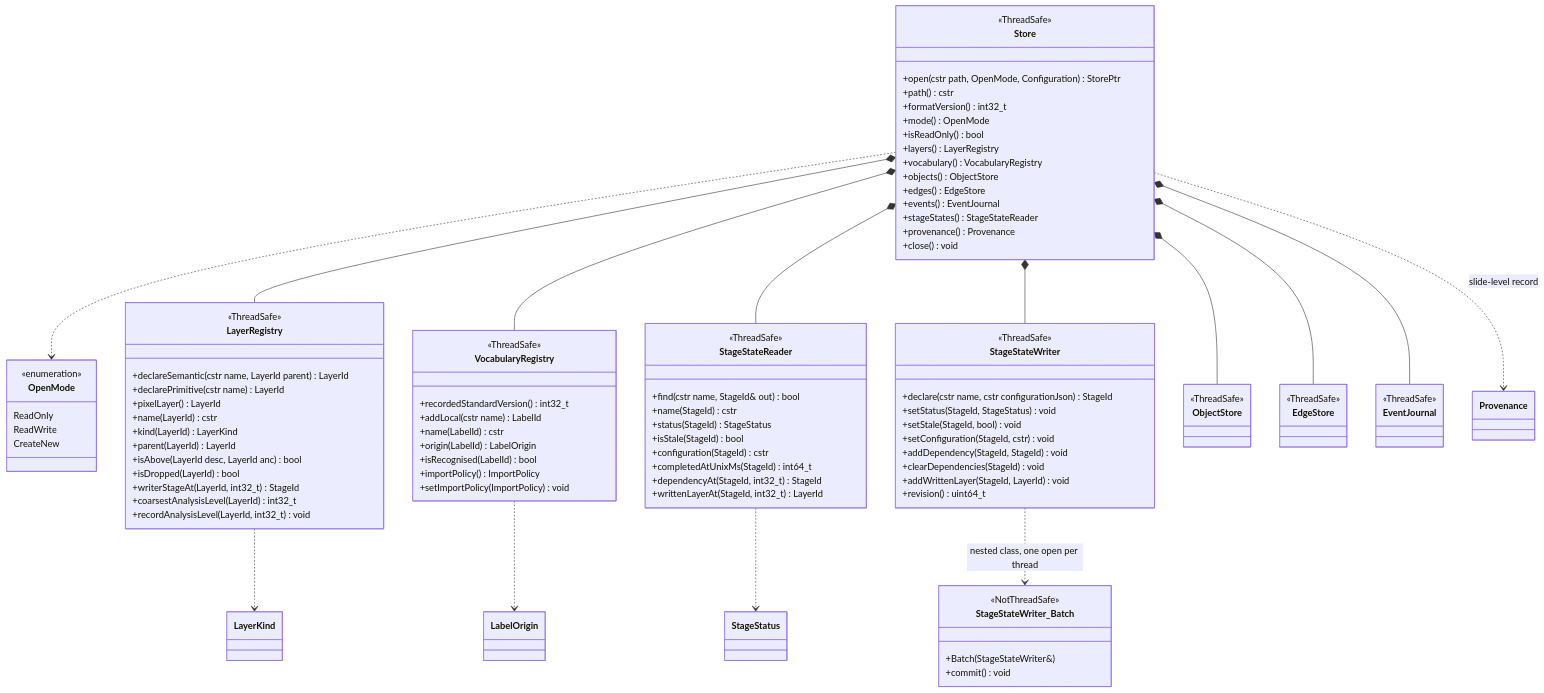
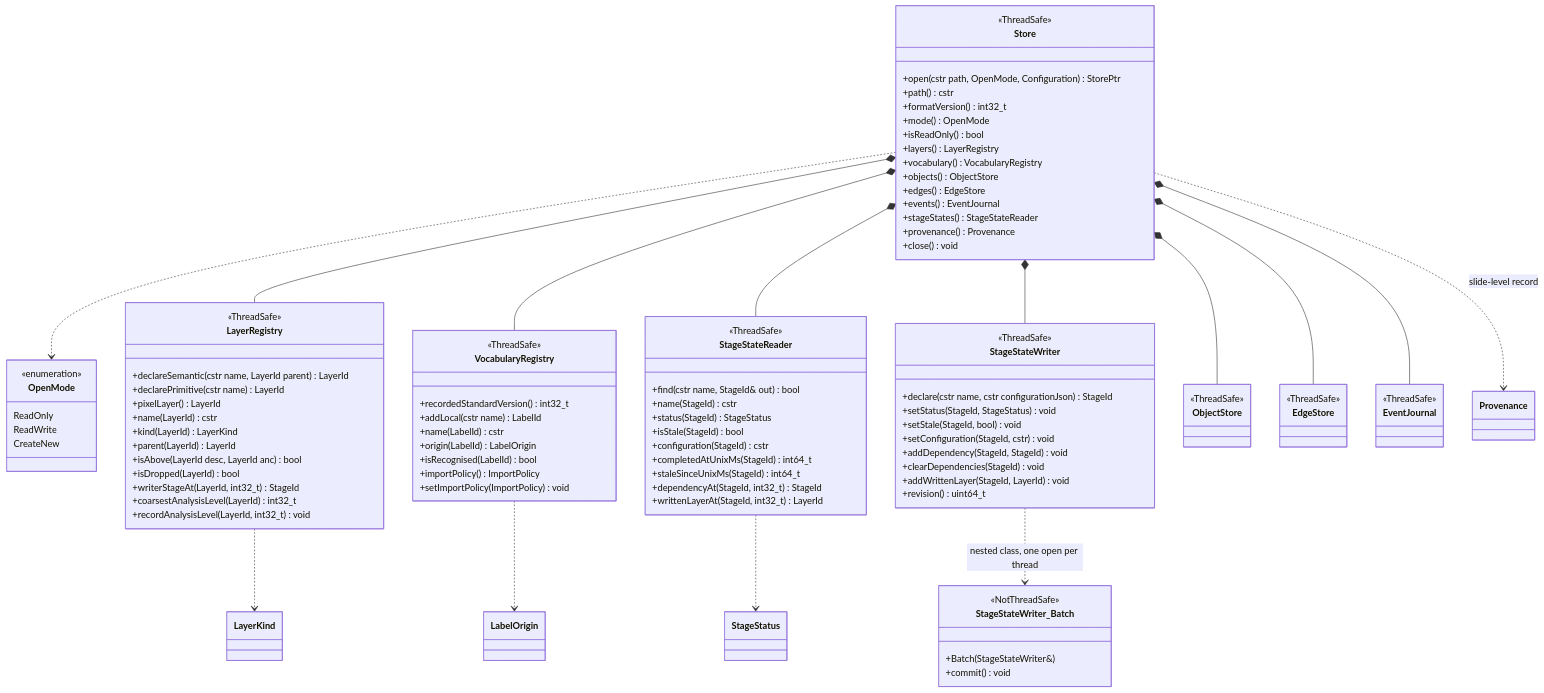
Before and after one commit to Booritas/slideio-processor: the seventh of 14 diagrams in docs/superpowers/specs/sds/08-class-diagrams.md, drawn with Mermaid. The commit also changed 24 other files, not shown here.

Commit message:
feat(storage): store format v2 records when a stage's stale flag was set; v1 stores migrate on writable open

```diff
--- a/docs/superpowers/specs/sds/08-class-diagrams.md
+++ b/docs/superpowers/specs/sds/08-class-diagrams.md
@@ -754,6 +754,7 @@
         +isStale(StageId) bool
         +configuration(StageId) cstr
         +completedAtUnixMs(StageId) int64_t
+        +staleSinceUnixMs(StageId) int64_t
         +dependencyAt(StageId, int32_t) StageId
         +writtenLayerAt(StageId, int32_t) LayerId
     }
```
